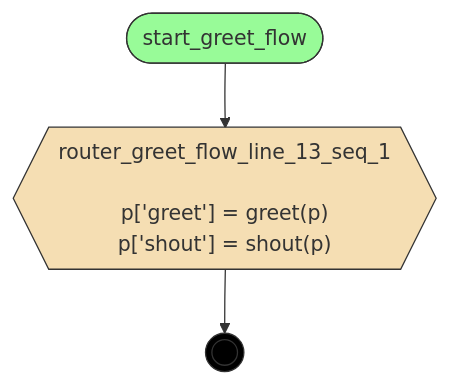
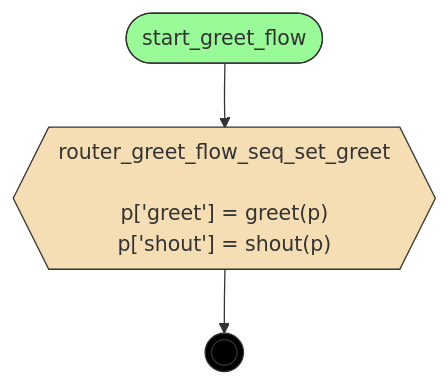
The diagram in examples/demo-skaffold/compiled/greet-flow/artifacts/flow.mmd (deliveryhero/asya), drawn with Mermaid before and after one commit. The commit also changed 8 other files, not shown here.

```diff
--- a/examples/demo-skaffold/compiled/greet-flow/artifacts/flow.mmd
+++ b/examples/demo-skaffold/compiled/greet-flow/artifacts/flow.mmd
@@ -1,18 +1,18 @@
 flowchart TD
     %% Flow: greet_flow
 
-    router_greet_flow_line_13_seq_1{{"router_greet_flow_line_13_seq_1<br/><br/>p['greet'] = greet(p)<br/>p['shout'] = shout(p)"}}
+    router_greet_flow_seq_set_greet{{"router_greet_flow_seq_set_greet<br/><br/>p['greet'] = greet(p)<br/>p['shout'] = shout(p)"}}
     start_greet_flow([start_greet_flow])
     __end__((( )))
 
-    start_greet_flow --> router_greet_flow_line_13_seq_1
-    router_greet_flow_line_13_seq_1 --> __end__
+    start_greet_flow --> router_greet_flow_seq_set_greet
+    router_greet_flow_seq_set_greet --> __end__
 
     classDef start fill:#98FB98,stroke:#333
     classDef endnode fill:#FFA07A,stroke:#333
     classDef router fill:#F5DEB3,stroke:#333
     classDef handler fill:#ADD8E6,stroke:#333
     classDef endpoint fill:#000,stroke:#333,color:#fff
     class start_greet_flow start
-    class router_greet_flow_line_13_seq_1 router
+    class router_greet_flow_seq_set_greet router
     class __end__ endpoint
```
